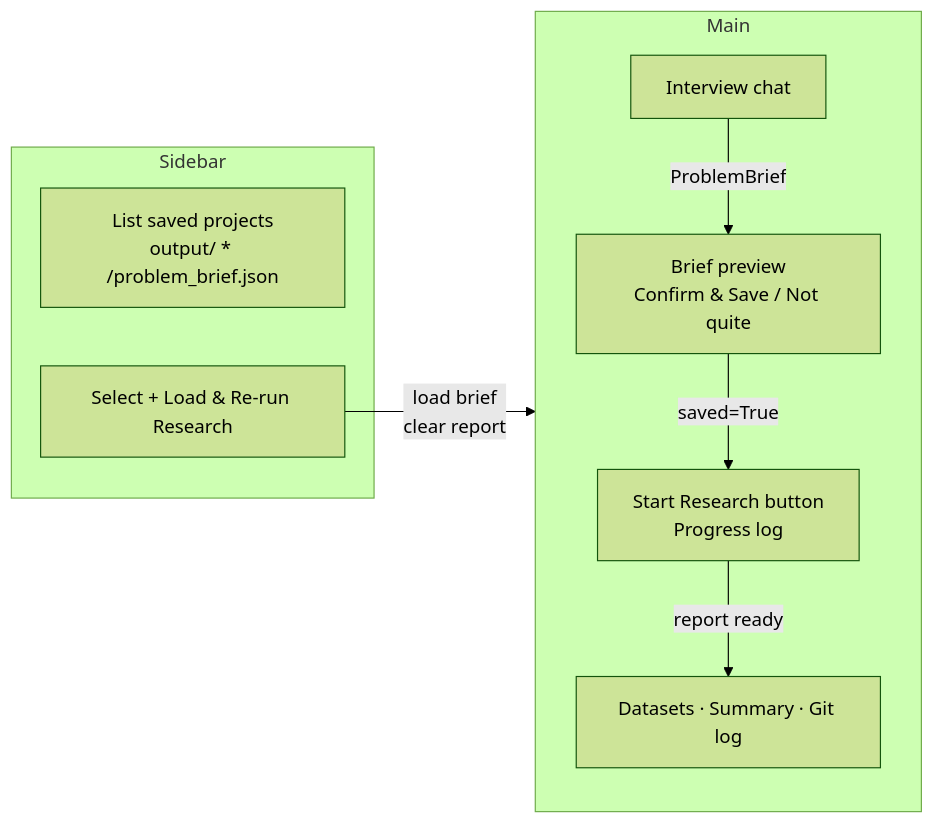
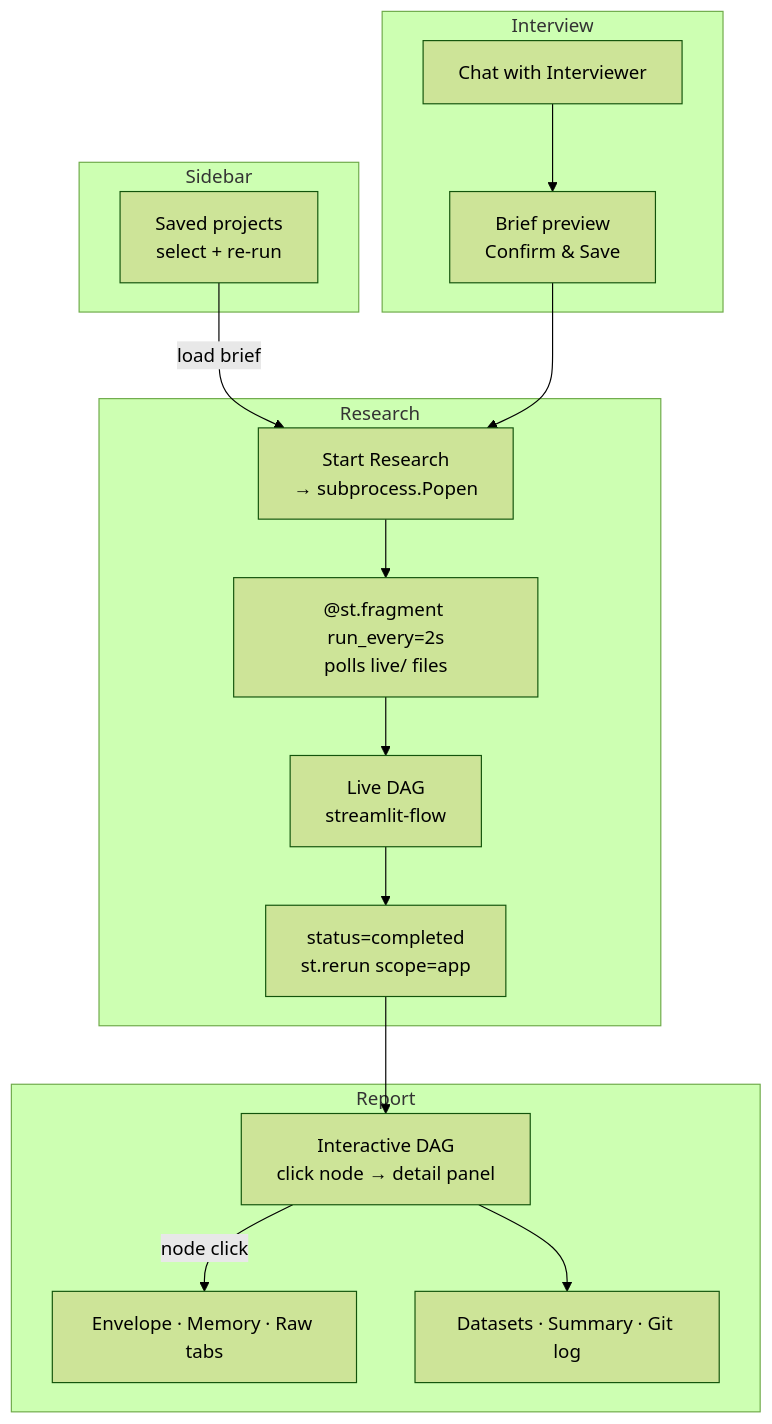
One commit to ai-agents-for-humans/slow-ai changed the fifth of 5 diagrams in README.md. Above: the diagram before and after it, drawn with Mermaid (forest theme). The commit also changed other lines of this file and 8 other files, not shown here.

Commit message:
Now adding flow diagram and changing architecture

````diff
--- a/README.md
+++ b/README.md
@@ -588,20 +631,31 @@
 ```mermaid
-flowchart LR
+flowchart TB
     subgraph Sidebar
-        SB1[List saved projects\noutput/ * /problem_brief.json]
-        SB2[Select + Load & Re-run Research]
+        SB[Saved projects\nselect + re-run]
     end
 
-    subgraph Main
-        direction TB
-        M1[Interview chat]
-        M2[Brief preview\nConfirm & Save / Not quite]
-        M3[Start Research button\nProgress log]
-        M4[Datasets · Summary · Git log]
+    subgraph Interview
+        I1[Chat with Interviewer]
+        I2[Brief preview\nConfirm & Save]
     end
 
-    SB2 -->|load brief\nclear report| M3
-    M1 -->|ProblemBrief| M2
-    M2 -->|saved=True| M3
-    M3 -->|report ready| M4
+    subgraph Research
+        R1[Start Research\n→ subprocess.Popen]
+        R2["@st.fragment run_every=2s\npolls live/ files"]
+        R3[Live DAG\nstreamlit-flow]
+        R4[status=completed\nst.rerun scope=app]
+    end
+
+    subgraph Report
+        P1[Interactive DAG\nclick node → detail panel]
+        P2[Envelope · Memory · Raw tabs]
+        P3[Datasets · Summary · Git log]
+    end
+
+    SB -->|load brief| R1
+    I1 --> I2 --> R1
+    R1 --> R2 --> R3 --> R4
+    R4 --> P1
+    P1 -->|node click| P2
+    P1 --> P3
 ```
````
